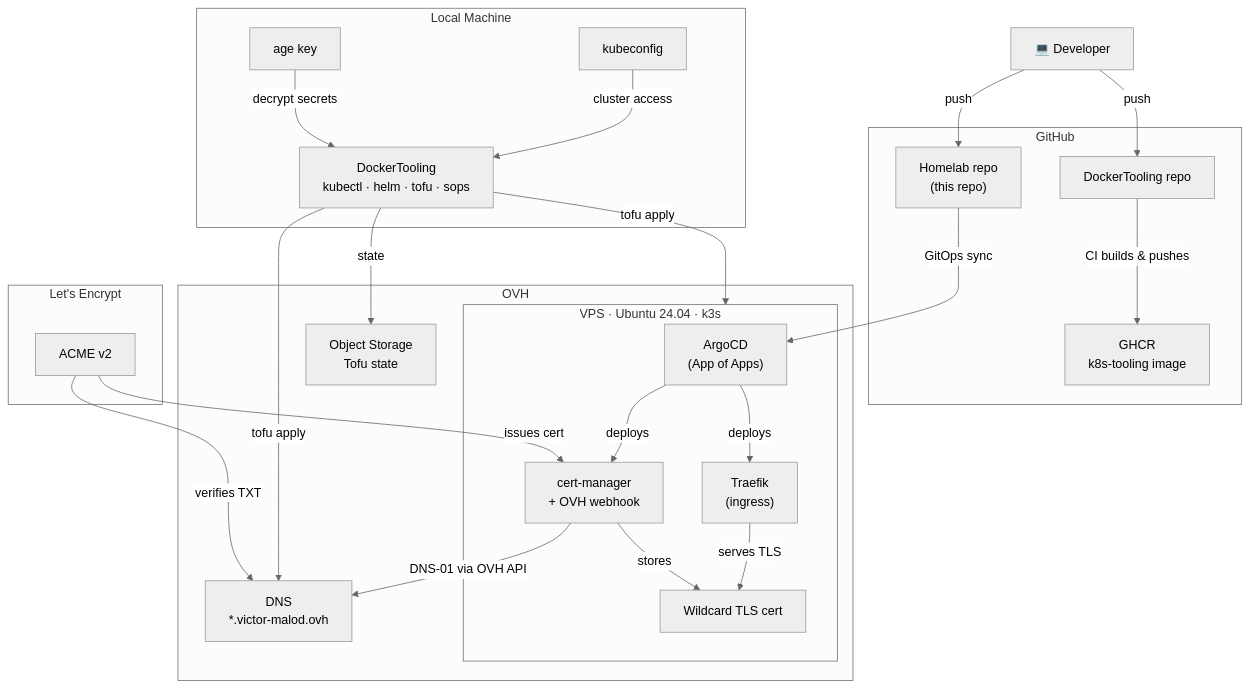
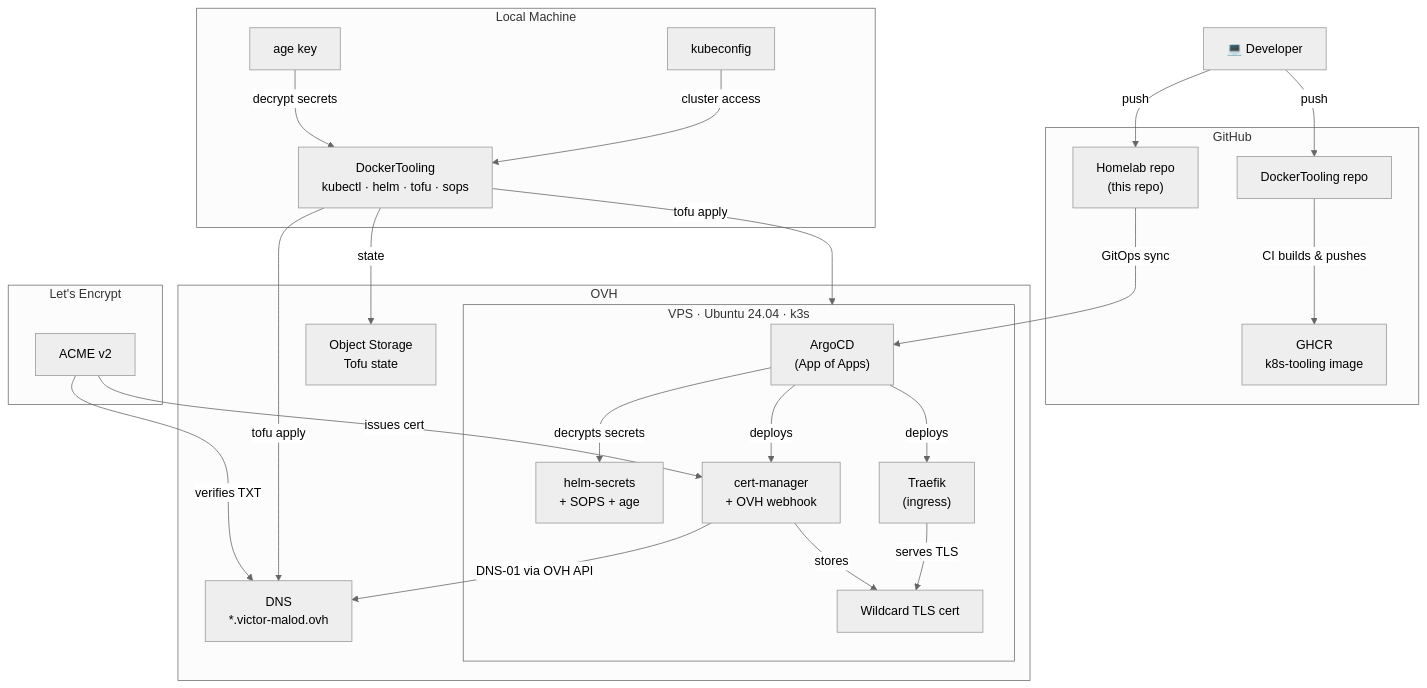
Before and after one commit to VictorMalodPortfolio/Homelab: the diagram in README.md, drawn with Mermaid (neutral theme). The commit also changed other lines of this file and 13 other files, not shown here.

First line of the commit message:
feat: add helm-secrets for declarative SOPS secret management

````diff
--- a/README.md
+++ b/README.md
@@ -17,49 +17,51 @@
 ```mermaid
 graph TD
     dev["💻 Developer"]
 
     subgraph local["Local Machine"]
         tooling["DockerTooling\nkubectl · helm · tofu · sops"]
         age["age key"]
         kubeconfig["kubeconfig"]
     end
 
     subgraph github["GitHub"]
         homelab_repo["Homelab repo\n(this repo)"]
         docker_repo["DockerTooling repo"]
         ghcr["GHCR\nk8s-tooling image"]
     end
 
     subgraph ovh["OVH"]
         dns["DNS\n*.victor-malod.ovh"]
         s3["Object Storage\nTofu state"]
 
         subgraph vps["VPS · Ubuntu 24.04 · k3s"]
             argocd["ArgoCD\n(App of Apps)"]
+            helm_secrets["helm-secrets\n+ SOPS + age"]
             cert_manager["cert-manager\n+ OVH webhook"]
             traefik["Traefik\n(ingress)"]
             tls_secret["Wildcard TLS cert"]
         end
     end
 
     subgraph letsencrypt["Let's Encrypt"]
         acme["ACME v2"]
     end
 
     dev -->|"push"| homelab_repo
     dev -->|"push"| docker_repo
     docker_repo -->|"CI builds & pushes"| ghcr
     age -->|"decrypt secrets"| tooling
     kubeconfig -->|"cluster access"| tooling
     tooling -->|"tofu apply"| vps
     tooling -->|"tofu apply"| dns
     tooling -->|"state"| s3
     homelab_repo -->|"GitOps sync"| argocd
+    argocd -->|"decrypts secrets"| helm_secrets
     argocd -->|"deploys"| cert_manager
     argocd -->|"deploys"| traefik
     cert_manager -->|"DNS-01 via OVH API"| dns
     acme -->|"verifies TXT"| dns
     acme -->|"issues cert"| cert_manager
     cert_manager -->|"stores"| tls_secret
     traefik -->|"serves TLS"| tls_secret
 ```
````
